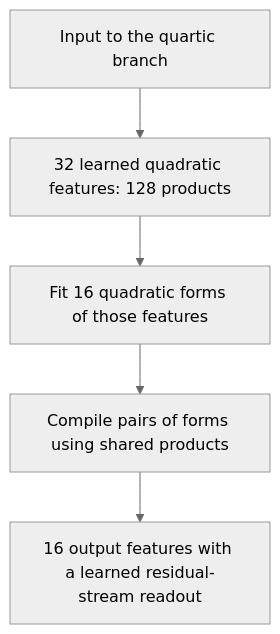
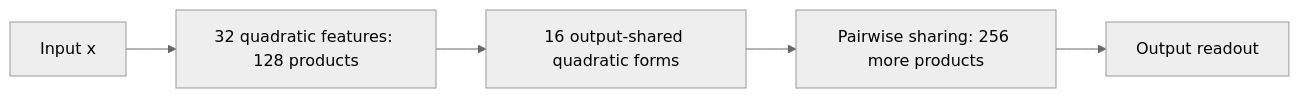
The second of 2 diagrams in basis_aligned/polynomial_causal/explanations/for_logan/research_update_2026-09-21_0104_full_coverage_and_shared_baselines.md (loganriggs/tensor_language), drawn with Mermaid (neutral theme) before and after one commit. The commit also changed other lines of this file and 11 other files, not shown here.

````diff
--- a/basis_aligned/polynomial_causal/explanations/for_logan/research_update_2026-09-21_0104_full_coverage_and_shared_baselines.md
+++ b/basis_aligned/polynomial_causal/explanations/for_logan/research_update_2026-09-21_0104_full_coverage_and_shared_baselines.md
@@ -157,7 +166,7 @@
 ```mermaid
-flowchart TD
-    X[Input to the quartic branch] --> Q[32 learned quadratic features: 128 products]
-    Q --> H[Fit 16 quadratic forms of those features]
-    H --> S[Compile pairs of forms using shared products]
-    S --> O[16 output features with a learned residual-stream readout]
+flowchart LR
+    X[Input x] --> Q[32 quadratic features: 128 products]
+    Q --> R[16 output-shared quadratic forms]
+    R --> S[Pairwise sharing: 256 more products]
+    S --> Y[Output readout]
 ```
````
